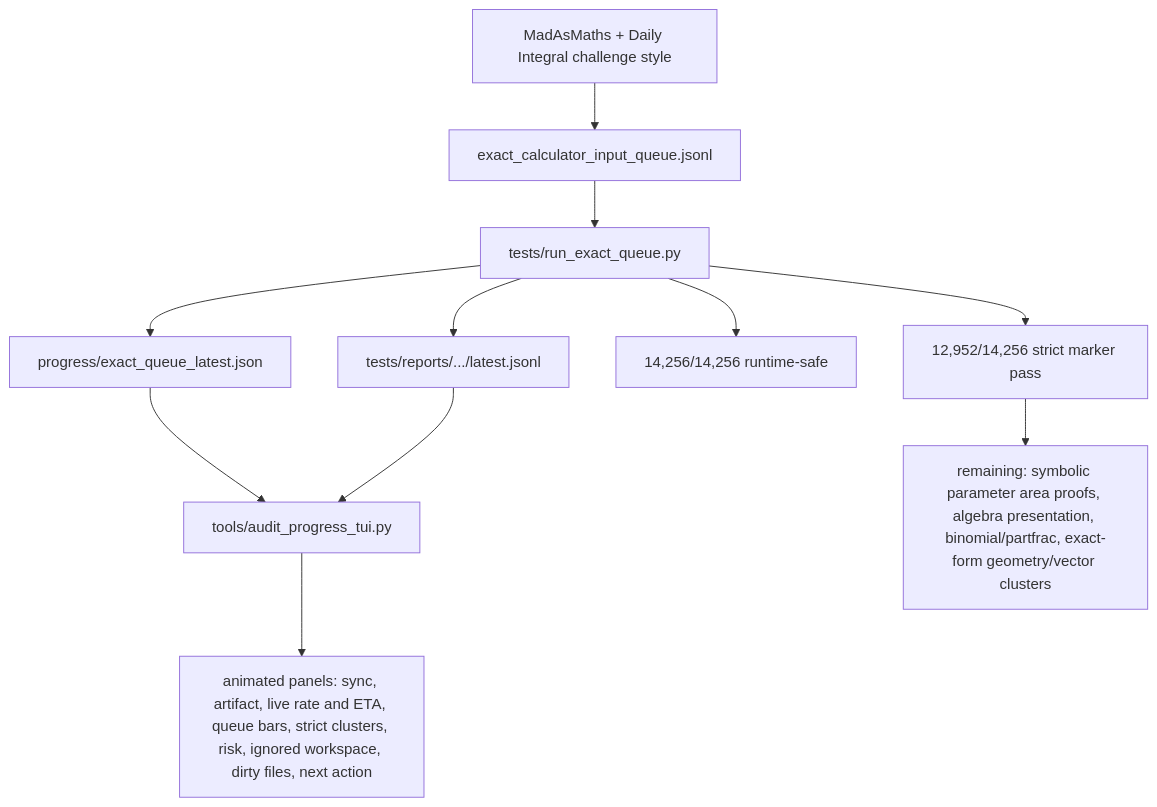
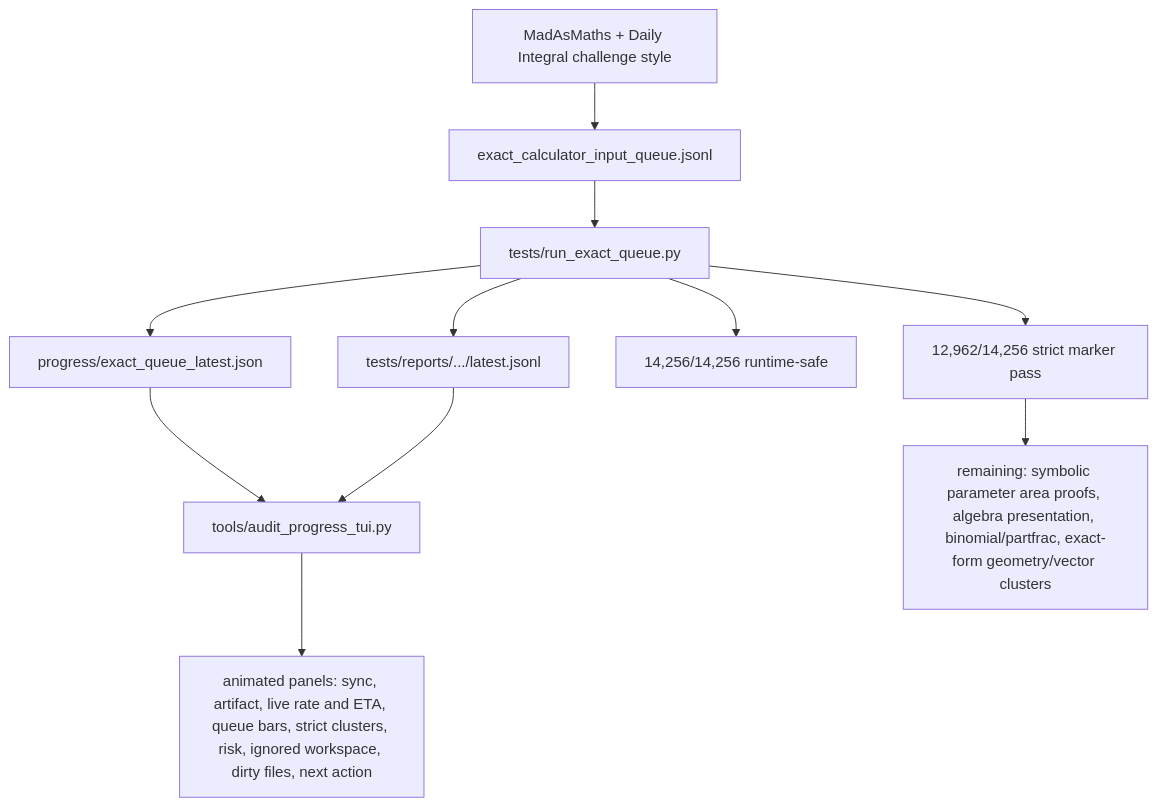
The fifth of 6 diagrams in docs/GRAPH.md (james8464/notes-addin-casio-fx-cg50), drawn with Mermaid before and after one commit. The commit also changed other lines of this file and 3 other files, not shown here.

````diff
--- a/docs/GRAPH.md
+++ b/docs/GRAPH.md
@@ -60,13 +60,13 @@
 ```mermaid
 graph TD
   Online["MadAsMaths + Daily Integral challenge style"] --> Queue["exact_calculator_input_queue.jsonl"]
   Queue --> Runner["tests/run_exact_queue.py"]
   Runner --> Live["progress/exact_queue_latest.json"]
   Runner --> Report["tests/reports/.../latest.jsonl"]
   Live --> TUI["tools/audit_progress_tui.py"]
   Report --> TUI
   TUI --> Panels["animated panels: sync, artifact, live rate and ETA, queue bars, strict clusters, risk, ignored workspace, dirty files, next action"]
   Runner --> Runtime["14,256/14,256 runtime-safe"]
-  Runner --> Strict["12,952/14,256 strict marker pass"]
+  Runner --> Strict["12,962/14,256 strict marker pass"]
   Strict --> Remaining["remaining: symbolic parameter area proofs, algebra presentation, binomial/partfrac, exact-form geometry/vector clusters"]
 ```
````
